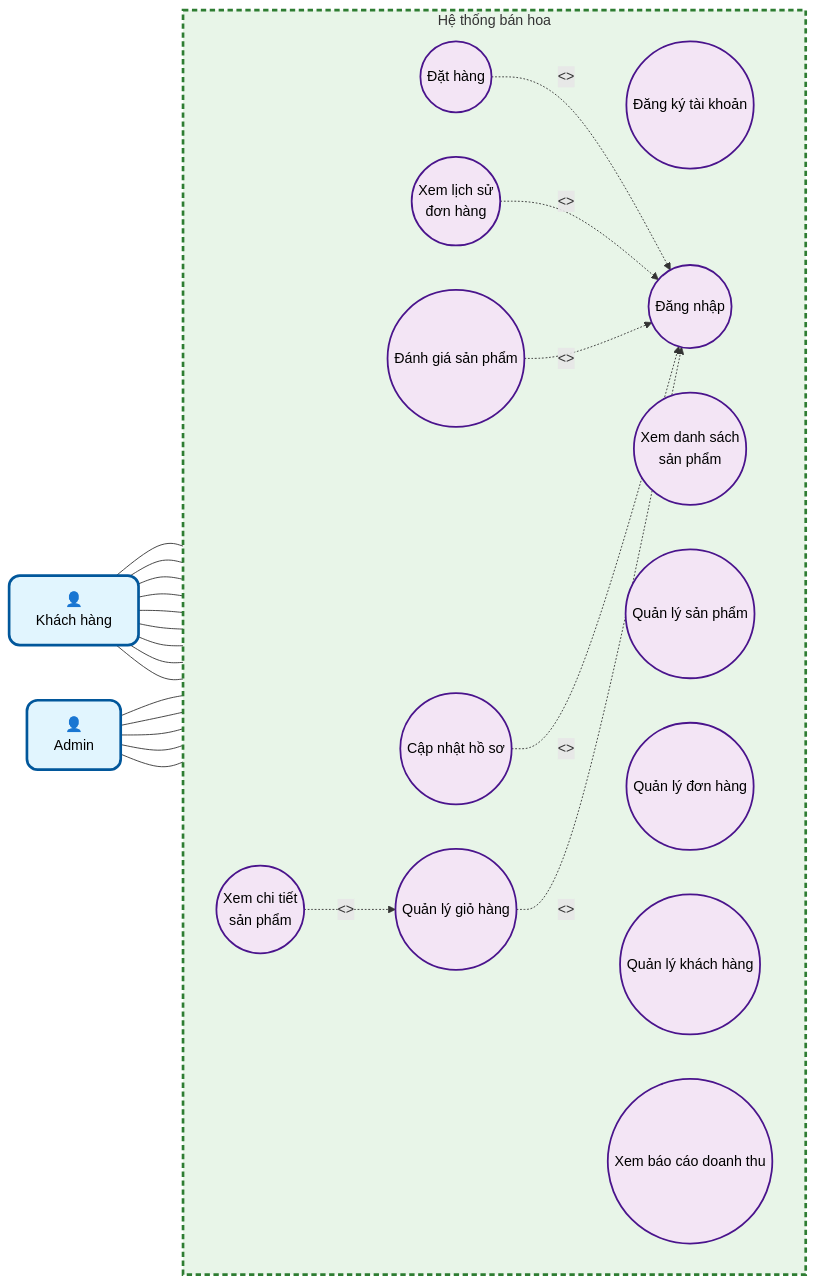
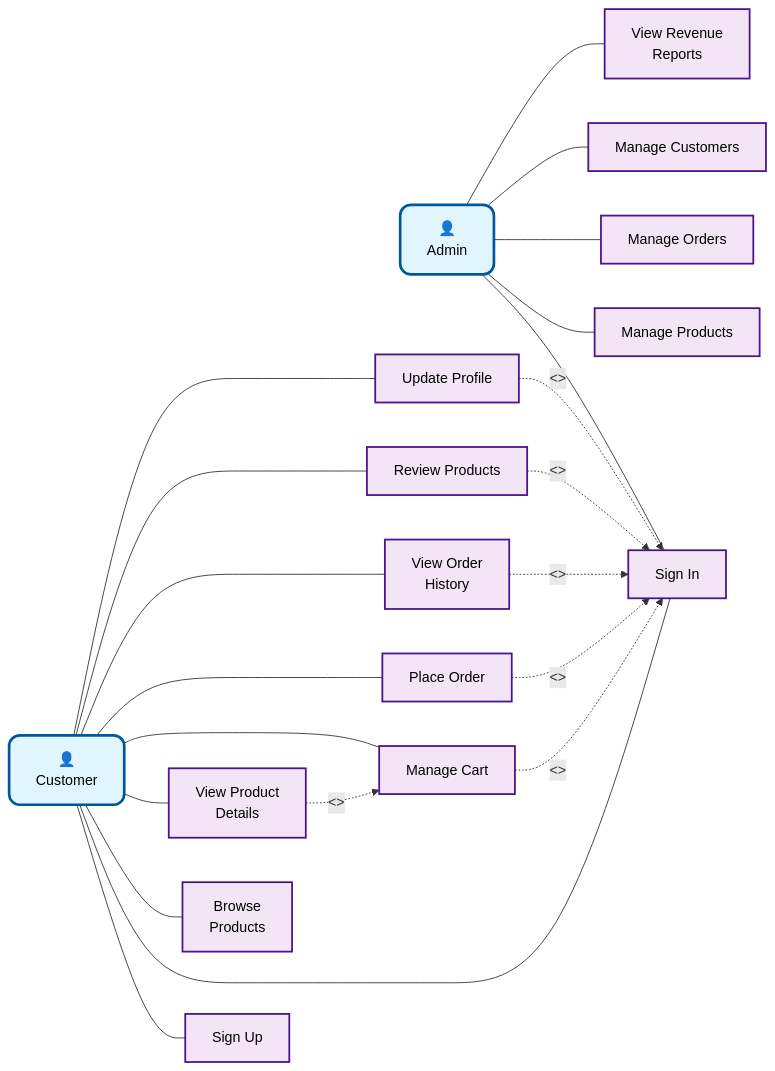
Before and after one commit to xuanmanh-2110/flower: the first of 24 diagrams in README.md, drawn with Mermaid.

````diff
--- a/README.md
+++ b/README.md
@@ -129,55 +129,53 @@
 ```mermaid
 flowchart LR
+  %% Flower Shop System (no boundary box)
+
   %% Actors
-  Customer["👤<br/>Khách hàng"]:::actor
+  Customer["👤<br/>Customer"]:::actor
   Admin["👤<br/>Admin"]:::actor
 
-  %% Hệ thống (boundary)
-  subgraph System["Hệ thống bán hoa"]
-    direction LR
-    UC1(("Đăng ký tài khoản")):::usecase
-    UC2(("Đăng nhập")):::usecase
-    UC3(("Xem danh sách<br/>sản phẩm")):::usecase
-    UC4(("Xem chi tiết<br/>sản phẩm")):::usecase
-    UC5(("Quản lý giỏ hàng")):::usecase
-    UC6(("Đặt hàng")):::usecase
-    UC7(("Xem lịch sử<br/>đơn hàng")):::usecase
-    UC8(("Đánh giá sản phẩm")):::usecase
-    UC9(("Cập nhật hồ sơ")):::usecase
-    UC10(("Quản lý sản phẩm")):::usecase
-    UC11(("Quản lý đơn hàng")):::usecase
-    UC12(("Quản lý khách hàng")):::usecase
-    UC13(("Xem báo cáo doanh thu")):::usecase
-  end
+  %% Use cases (rectangles)
+  UC1["Sign Up"]:::usecase
+  UC2["Sign In"]:::usecase
+  UC3["Browse<br/>Products"]:::usecase
+  UC4["View Product<br/>Details"]:::usecase
+  UC5["Manage Cart"]:::usecase
+  UC6["Place Order"]:::usecase
+  UC7["View Order<br/>History"]:::usecase
+  UC8["Review Products"]:::usecase
+  UC9["Update Profile"]:::usecase
+  UC10["Manage Products"]:::usecase
+  UC11["Manage Orders"]:::usecase
+  UC12["Manage Customers"]:::usecase
+  UC13["View Revenue<br/>Reports"]:::usecase
 
-  %% Liên kết
+  %% Links
   Customer --- UC1
   Customer --- UC2
   Customer --- UC3
   Customer --- UC4
   Customer --- UC5
   Customer --- UC6
   Customer --- UC7
   Customer --- UC8
   Customer --- UC9
 
   Admin --- UC2
   Admin --- UC10
   Admin --- UC11
   Admin --- UC12
   Admin --- UC13
 
-  %% Include/Extend
+  %% Include/Extend (dotted edges + labels)
   UC6 -. "<<include>>" .-> UC2
   UC7 -. "<<include>>" .-> UC2
   UC8 -. "<<include>>" .-> UC2
   UC9 -. "<<include>>" .-> UC2
   UC5 -. "<<include>>" .-> UC2
   UC4 -. "<<extend>>" .-> UC5
 
   %% Styles
   classDef actor fill:#e1f5fe,stroke:#01579b,stroke-width:3px,color:#000,rx:12,ry:12
-  classDef usecase fill:#f3e5f5,stroke:#4a148c,stroke-width:2px,color:#000,rx:28,ry:28
-  style System fill:#e8f5e8,stroke:#2e7d32,stroke-width:3px,stroke-dasharray:6 4
+  classDef usecase fill:#f3e5f5,stroke:#4a148c,stroke-width:2px,color:#000,rx:0,ry:0
 
 ```
````
